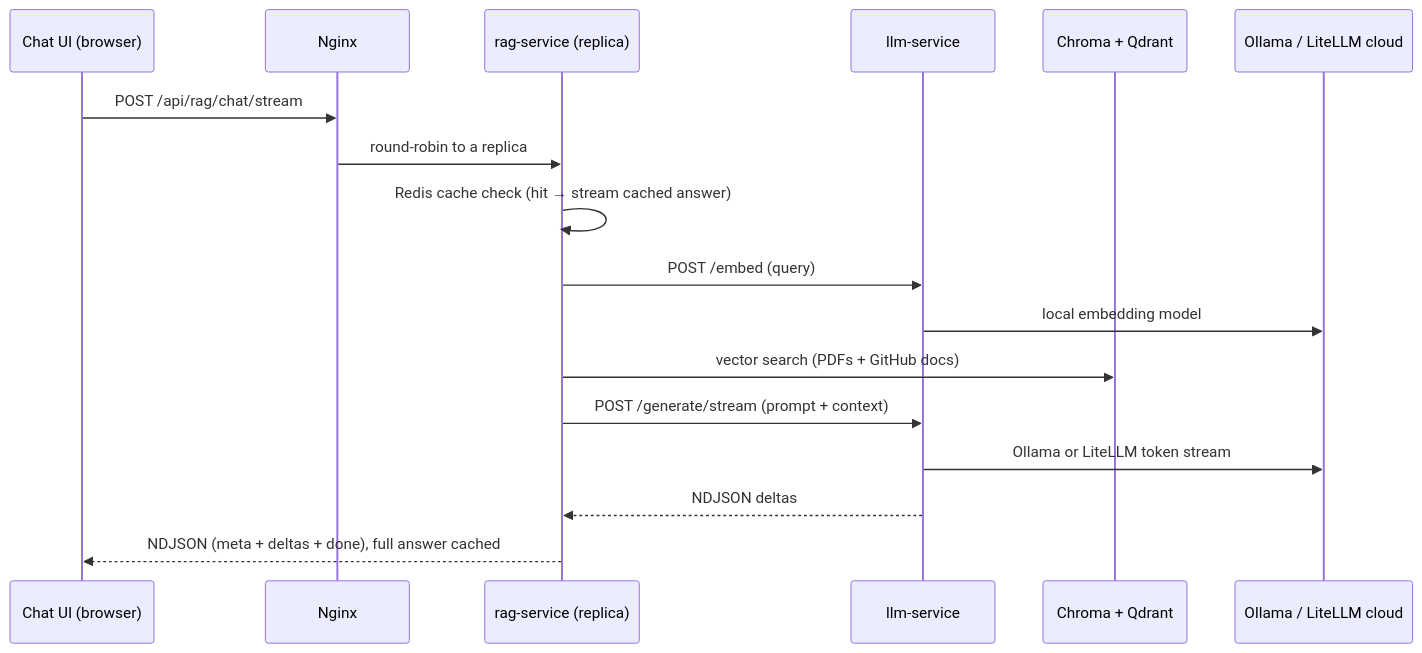
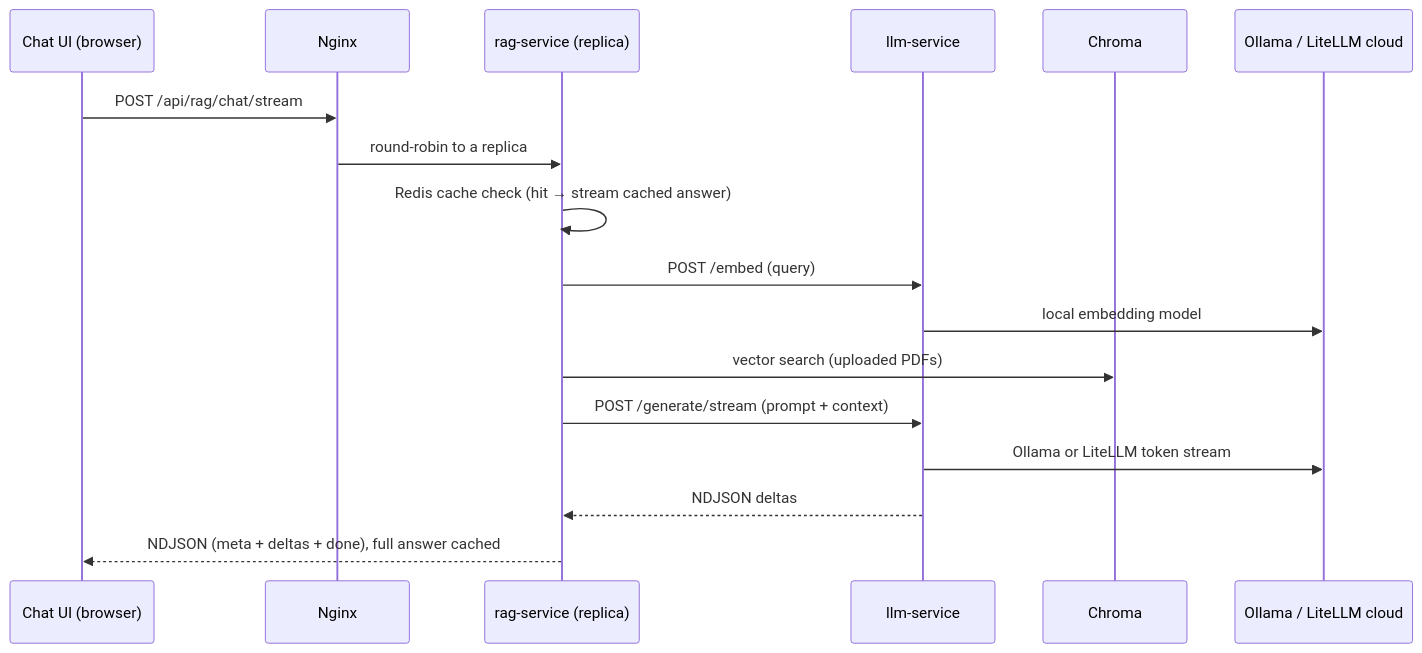
One commit to sameeralam3127/llm-dev-kit changed the second of 2 diagrams in ARCHITECTURE.md. Above: the diagram before and after it, drawn with Mermaid. The commit also changed other lines of this file and 17 other files, not shown here.

````diff
--- a/ARCHITECTURE.md
+++ b/ARCHITECTURE.md
@@ -174,20 +143,20 @@
 ```mermaid
 sequenceDiagram
     participant U as Chat UI (browser)
     participant N as Nginx
     participant R as rag-service (replica)
     participant L as llm-service
-    participant V as Chroma + Qdrant
+    participant V as Chroma
     participant M as Ollama / LiteLLM cloud
 
     U->>N: POST /api/rag/chat/stream
     N->>R: round-robin to a replica
     R->>R: Redis cache check (hit → stream cached answer)
     R->>L: POST /embed (query)
     L->>M: local embedding model
-    R->>V: vector search (PDFs + GitHub docs)
+    R->>V: vector search (uploaded PDFs)
     R->>L: POST /generate/stream (prompt + context)
     L->>M: Ollama or LiteLLM token stream
     L-->>R: NDJSON deltas
     R-->>U: NDJSON (meta + deltas + done), full answer cached
 ```
````
